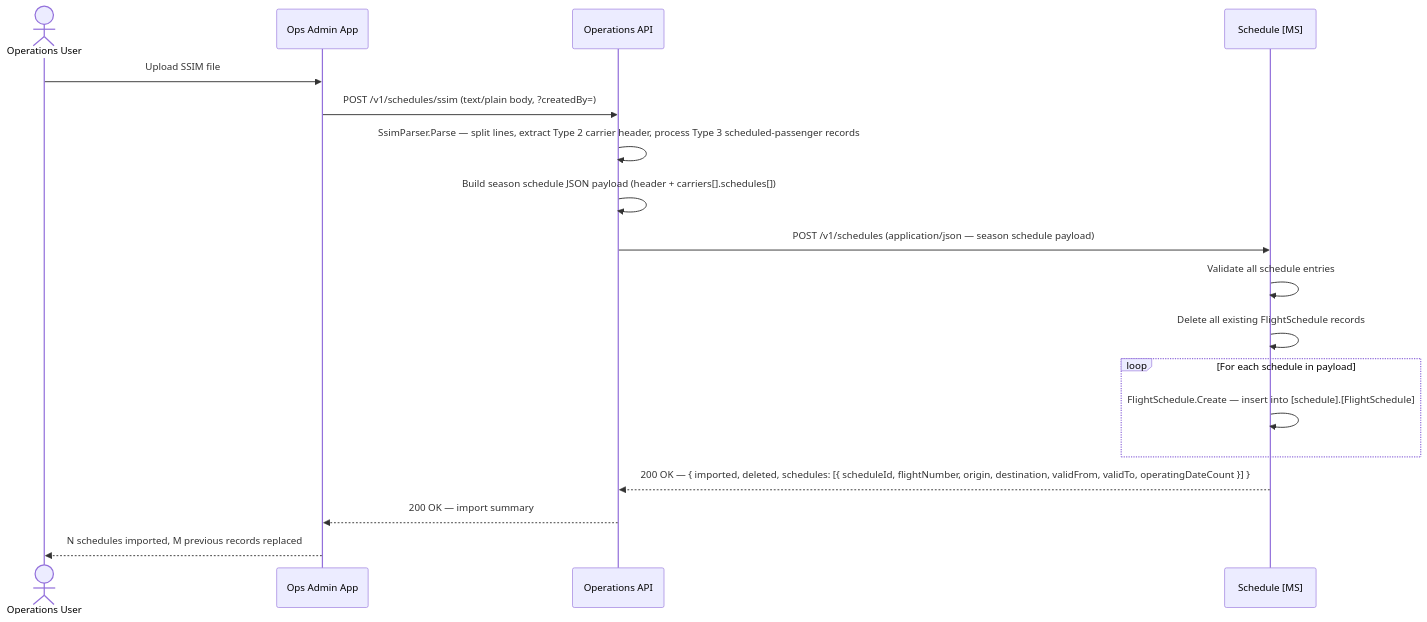
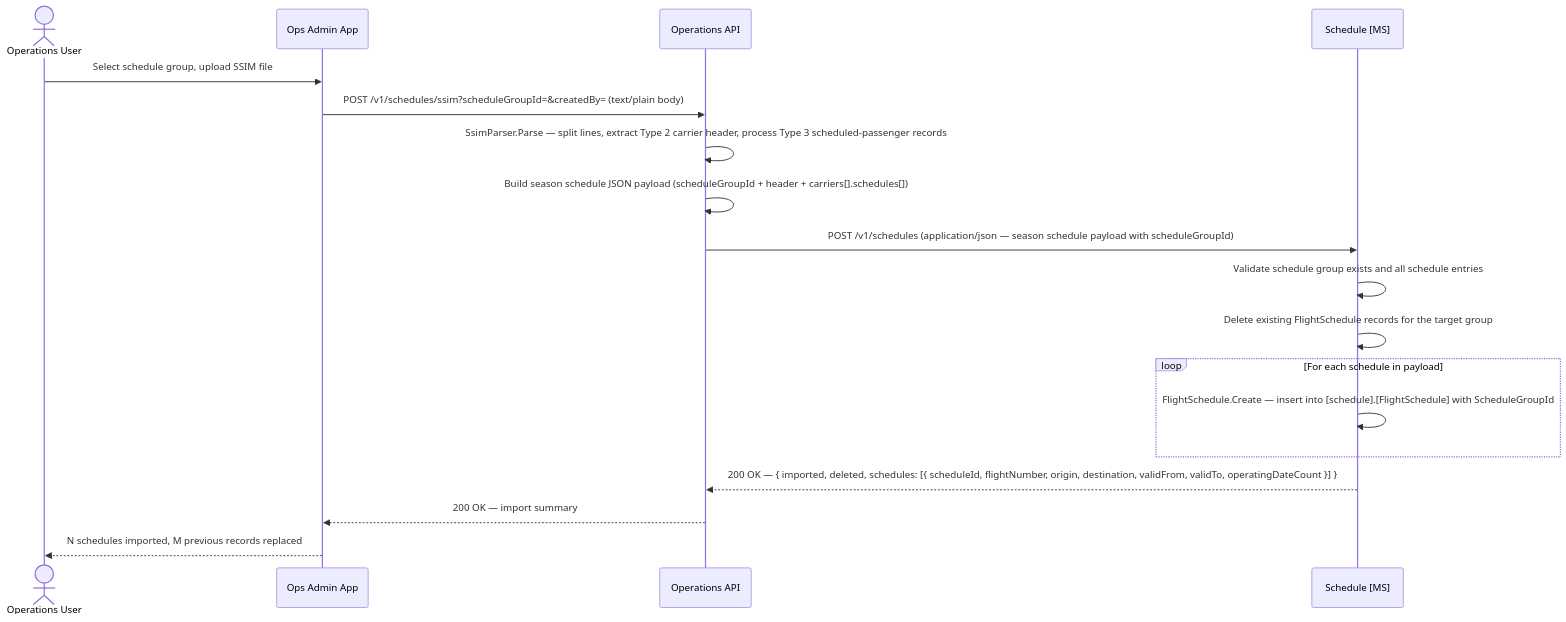
One commit to sebharvey/airline-reservation-system changed the diagram in documentation/design/schedule.md. Above: the diagram before and after it, drawn with Mermaid. The commit also changed other lines of this file and 38 other files, not shown here.

First line of the commit message:
Add schedule groups to organize flight schedules into named collections

````diff
--- a/documentation/design/schedule.md
+++ b/documentation/design/schedule.md
@@ -73,21 +92,21 @@
 ```mermaid
 sequenceDiagram
     actor OpsUser as Operations User
     participant OpsApp as Ops Admin App
     participant OpsAPI as Operations API
     participant ScheduleMS as Schedule [MS]
 
-    OpsUser->>OpsApp: Upload SSIM file
-    OpsApp->>OpsAPI: POST /v1/schedules/ssim (text/plain body, ?createdBy=)
+    OpsUser->>OpsApp: Select schedule group, upload SSIM file
+    OpsApp->>OpsAPI: POST /v1/schedules/ssim?scheduleGroupId=&createdBy= (text/plain body)
     OpsAPI->>OpsAPI: SsimParser.Parse — split lines, extract Type 2 carrier header, process Type 3 scheduled-passenger records
-    OpsAPI->>OpsAPI: Build season schedule JSON payload (header + carriers[].schedules[])
-    OpsAPI->>ScheduleMS: POST /v1/schedules (application/json — season schedule payload)
-    ScheduleMS->>ScheduleMS: Validate all schedule entries
-    ScheduleMS->>ScheduleMS: Delete all existing FlightSchedule records
+    OpsAPI->>OpsAPI: Build season schedule JSON payload (scheduleGroupId + header + carriers[].schedules[])
+    OpsAPI->>ScheduleMS: POST /v1/schedules (application/json — season schedule payload with scheduleGroupId)
+    ScheduleMS->>ScheduleMS: Validate schedule group exists and all schedule entries
+    ScheduleMS->>ScheduleMS: Delete existing FlightSchedule records for the target group
     loop For each schedule in payload
-        ScheduleMS->>ScheduleMS: FlightSchedule.Create — insert into [schedule].[FlightSchedule]
+        ScheduleMS->>ScheduleMS: FlightSchedule.Create — insert into [schedule].[FlightSchedule] with ScheduleGroupId
     end
     ScheduleMS-->>OpsAPI: 200 OK — { imported, deleted, schedules: [{ scheduleId, flightNumber, origin, destination, validFrom, validTo, operatingDateCount }] }
     OpsAPI-->>OpsApp: 200 OK — import summary
     OpsApp-->>OpsUser: N schedules imported, M previous records replaced
 ```
````
